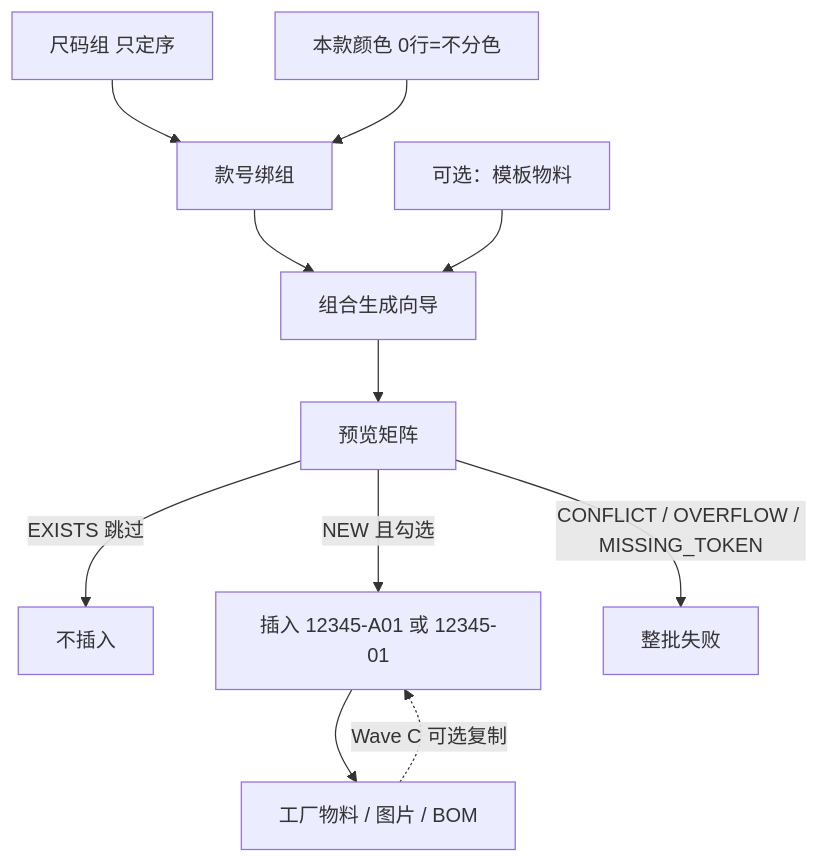
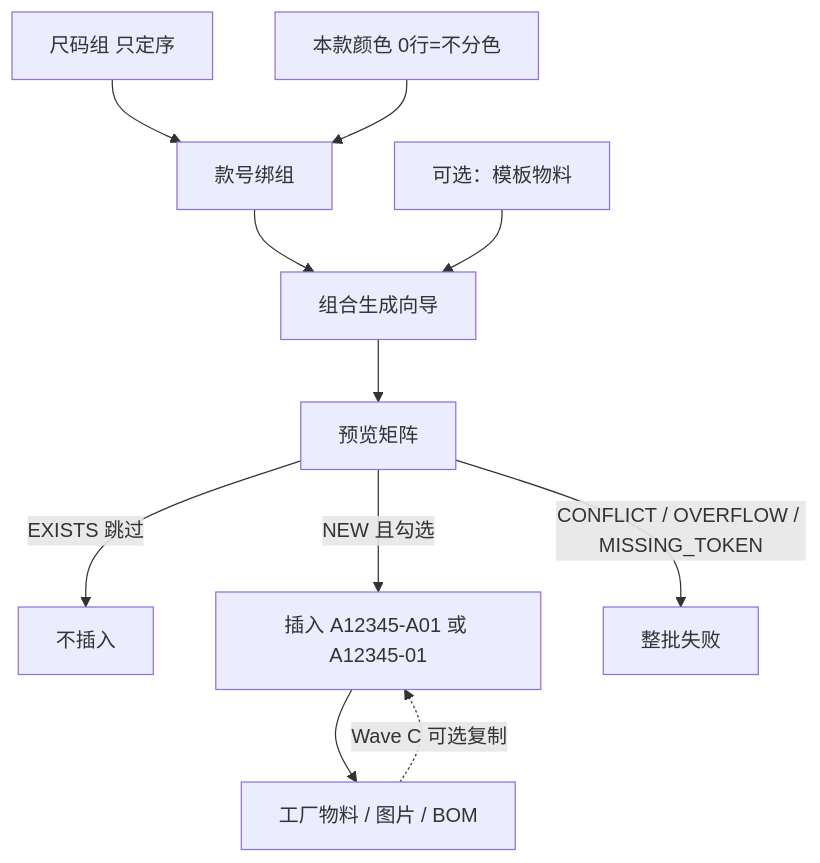
Before and after one commit to Micron818/lychee-doc: the diagram in system_design/backend/chartExp/mm-refactor/02-目标流程.md, drawn with Mermaid. The commit also changed other lines of this file and 11 other files, not shown here.

````diff
--- a/system_design/backend/chartExp/mm-refactor/02-目标流程.md
+++ b/system_design/backend/chartExp/mm-refactor/02-目标流程.md
@@ -27,13 +27,13 @@
 ```mermaid
 flowchart TD
   SG[尺码组 只定序] --> PM[款号绑组]
   PMC[本款颜色 0行=不分色] --> PM
   PM --> Wiz[组合生成向导]
   TPL[可选：模板物料] --> Wiz
   Wiz --> Prev[预览矩阵]
   Prev -->|EXISTS 跳过| Skip[不插入]
-  Prev -->|NEW 且勾选| Ins["插入 12345-A01 或 12345-01"]
+  Prev -->|NEW 且勾选| Ins["插入 A12345-A01 或 A12345-01"]
   Prev -->|CONFLICT / OVERFLOW / MISSING_TOKEN| Fail[整批失败]
   Ins --> MF[工厂物料 / 图片 / BOM]
   MF -.->|Wave C 可选复制| Ins
 ```
````
